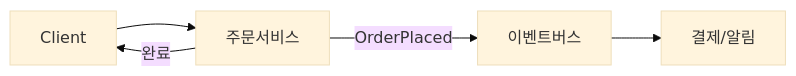
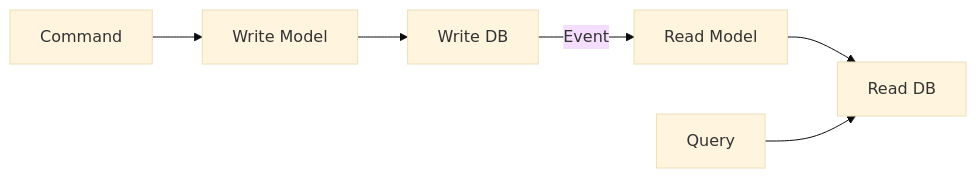
Before and after one commit to yjkim2015/yjkim2015.github.io: the fourth of 4 diagrams in _posts/architecture/2026-05-01-ddd.md, drawn with Mermaid (base theme). The commit also changed other lines of this file and 4 other files, not shown here.

````diff
--- a/_posts/architecture/2026-05-01-ddd.md
+++ b/_posts/architecture/2026-05-01-ddd.md
@@ -293,7 +1237,8 @@
 ```mermaid
 graph LR
-    C["Client"] --> OS["주문서비스"]
-    OS -->|"OrderPlaced"| EB["이벤트버스"]
-    OS -->|"완료"| C
-    EB --> PAY["결제/알림"]
+    CMD["Command"] --> WRITE["Write Model"]
+    WRITE --> DB["Write DB"]
+    DB -->|"Event"| READ["Read Model"]
+    READ --> RDBMS["Read DB"]
+    QUERY["Query"] --> RDBMS
 ```
````
